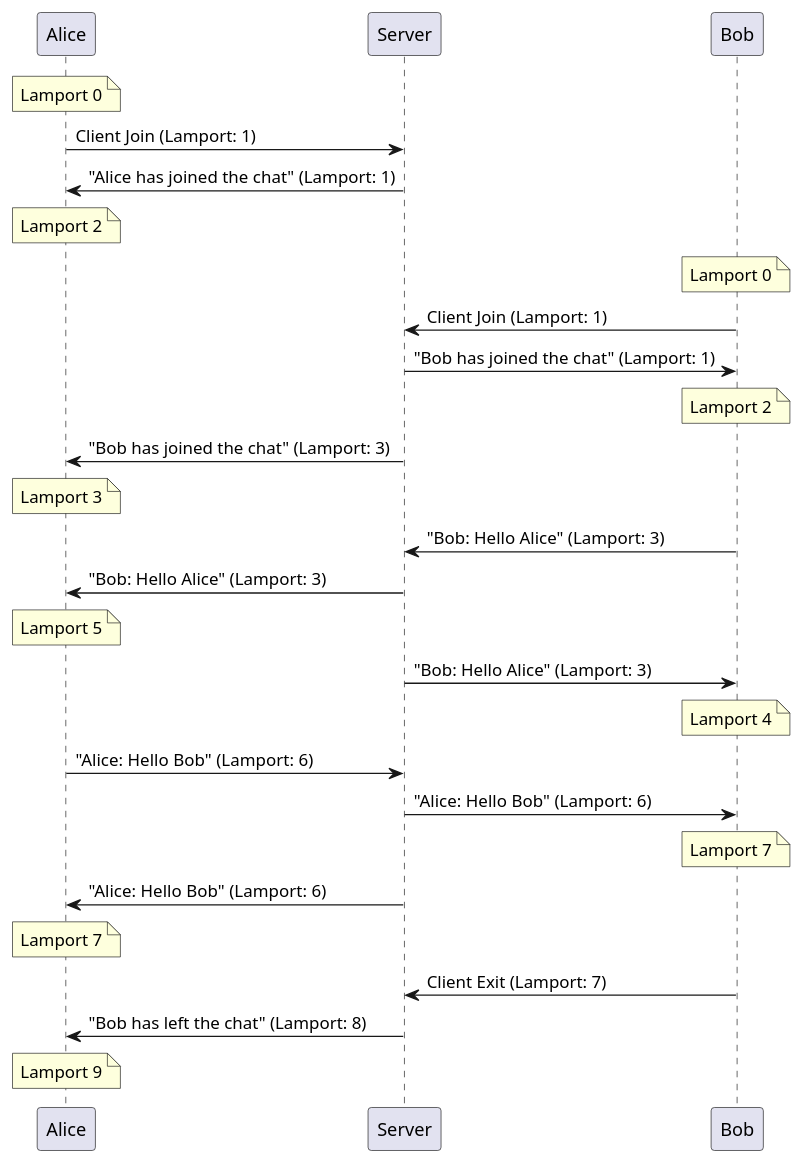
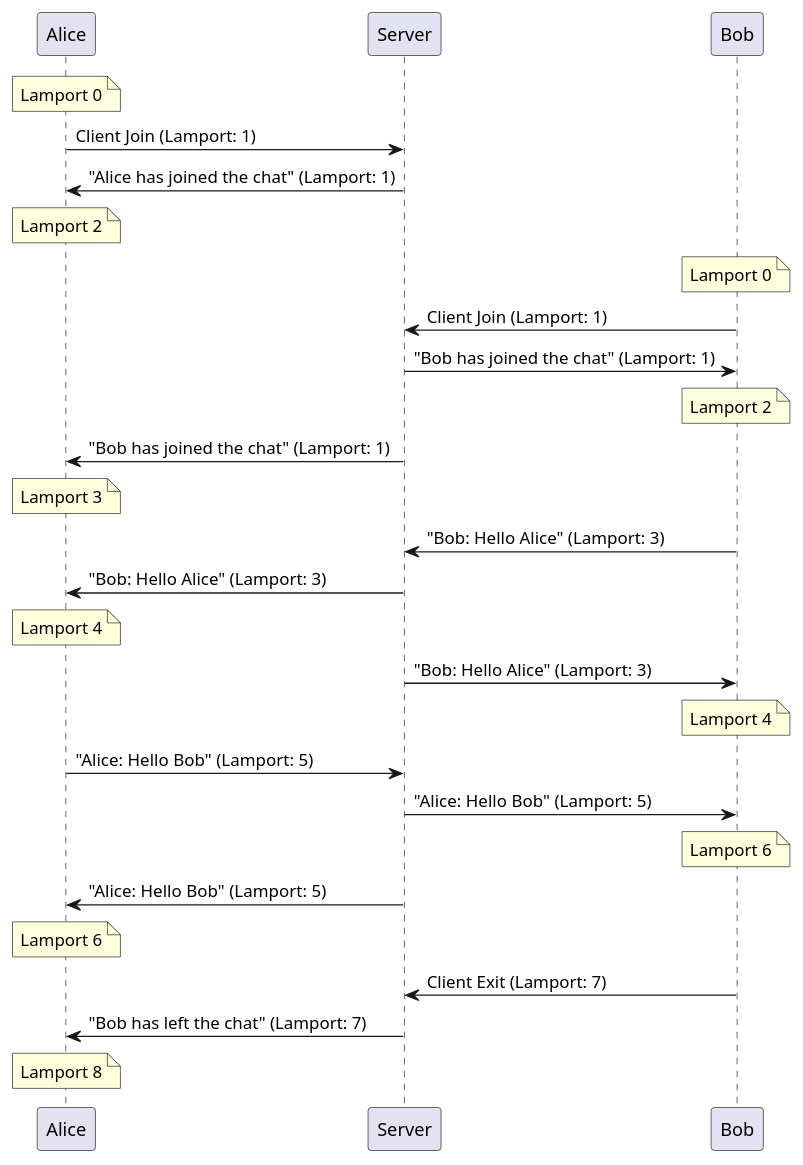
The diagram in docs/diagram.puml (silasbue/A3-DS), drawn with PlantUML before and after one commit. The commit also changed 1 other file, not shown here.

Commit message:
fixed diagrams

```diff
--- a/docs/diagram.puml
+++ b/docs/diagram.puml
@@ -1,34 +1,34 @@
 @startuml
 note over Alice : Lamport 0
 Alice -> Server: Client Join (Lamport: 1)
 Server -> Alice: "Alice has joined the chat" (Lamport: 1)
 note over Alice : Lamport 2
 
 note over Bob : Lamport 0
 Bob -> Server: Client Join (Lamport: 1)
 Server -> Bob: "Bob has joined the chat" (Lamport: 1)
 note over Bob : Lamport 2
 
-Server -> Alice: "Bob has joined the chat" (Lamport: 3)
+Server -> Alice: "Bob has joined the chat" (Lamport: 1)
 note over Alice : Lamport 3
 
 Bob -> Server: "Bob: Hello Alice" (Lamport: 3)
 
 Server -> Alice: "Bob: Hello Alice" (Lamport: 3)
-note over Alice : Lamport 5
+note over Alice : Lamport 4
 
 Server -> Bob: "Bob: Hello Alice" (Lamport: 3)
 note over Bob : Lamport 4
 
-Alice -> Server: "Alice: Hello Bob" (Lamport: 6)
-Server -> Bob: "Alice: Hello Bob" (Lamport: 6)
-note over Bob : Lamport 7
+Alice -> Server: "Alice: Hello Bob" (Lamport: 5)
+Server -> Bob: "Alice: Hello Bob" (Lamport: 5)
+note over Bob : Lamport 6
 
-Server -> Alice: "Alice: Hello Bob" (Lamport: 6)
-note over Alice : Lamport 7
+Server -> Alice: "Alice: Hello Bob" (Lamport: 5)
+note over Alice : Lamport 6
 
 Bob -> Server: Client Exit (Lamport: 7)
-Server -> Alice: "Bob has left the chat" (Lamport: 8)
-note over Alice : Lamport 9
+Server -> Alice: "Bob has left the chat" (Lamport: 7)
+note over Alice : Lamport 8
 
 @enduml
```
